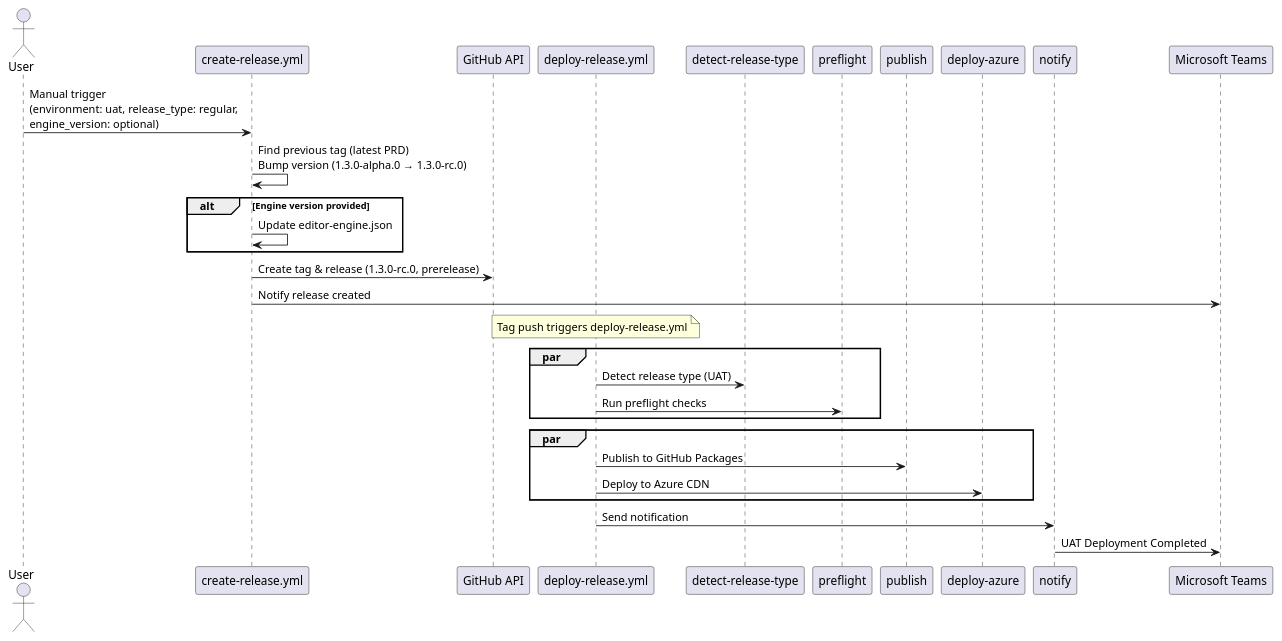
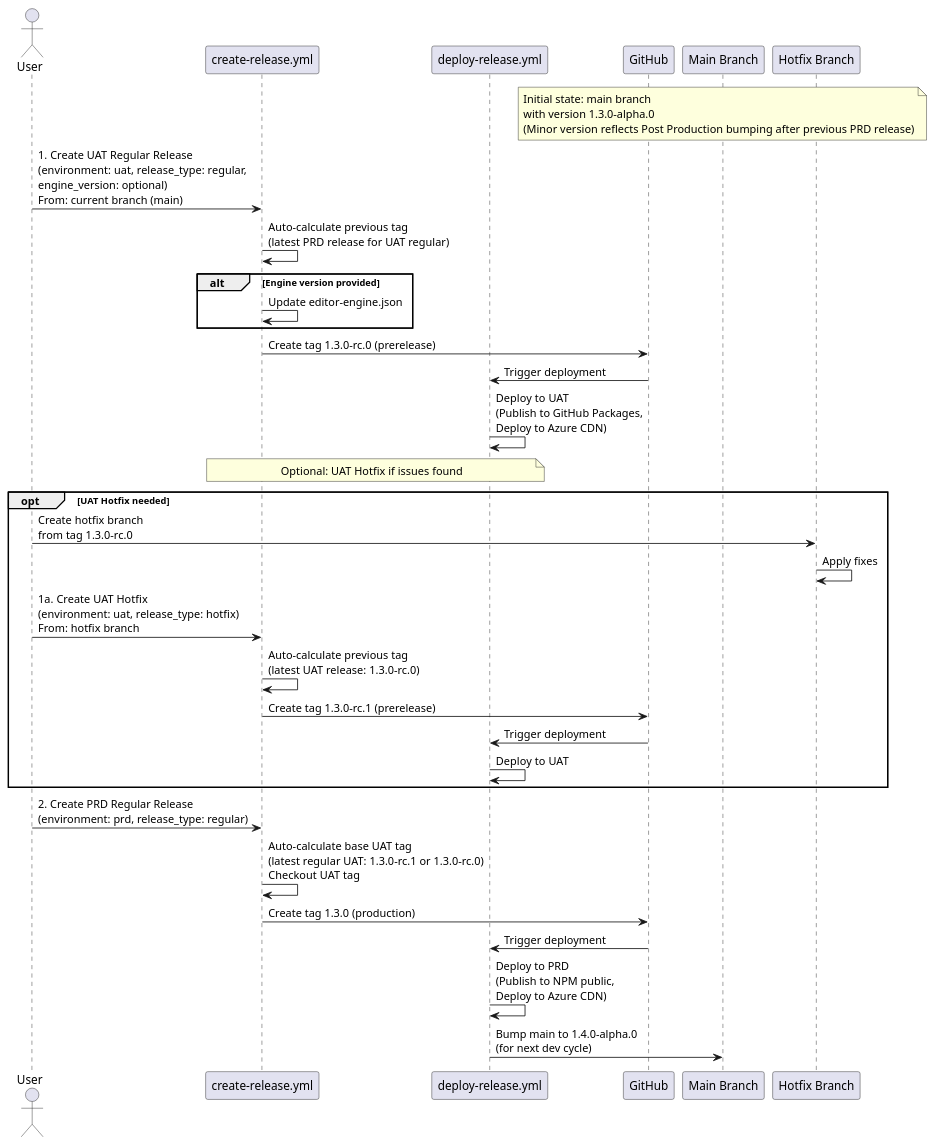
One commit to chili-publish/studio-sdk changed the first of 2 diagrams in RELEASE_PIPELINE.md. Above: the diagram before and after it, drawn with PlantUML. The commit also changed other lines of this file, not shown here.

````diff
--- a/RELEASE_PIPELINE.md
+++ b/RELEASE_PIPELINE.md
@@ -5,37 +5,41 @@
 ```plantuml
 @startuml
 actor User
 participant "create-release.yml" as CreateRelease
-participant "GitHub API" as GitHub
 participant "deploy-release.yml" as DeployRelease
-participant "detect-release-type" as Detect
-participant "preflight" as Preflight
-participant "publish" as Publish
-participant "deploy-azure" as Azure
-participant "notify" as Notify
-participant "Microsoft Teams" as Teams
+participant "GitHub" as GitHub
+participant "Main Branch" as Main
+participant "Hotfix Branch" as HotfixBranch
 
-User -> CreateRelease: Manual trigger\n(environment: uat, release_type: regular,\nengine_version: optional)
-CreateRelease -> CreateRelease: Find previous tag (latest PRD)\nBump version (1.3.0-alpha.0 → 1.3.0-rc.0)
+note over Main: Initial state: main branch\nwith version 1.3.0-alpha.0\n(Minor version reflects Post Production bumping after previous PRD release)
+
+User -> CreateRelease: 1. Create UAT Regular Release\n(environment: uat, release_type: regular,\nengine_version: optional)\nFrom: current branch (main)
+CreateRelease -> CreateRelease: Auto-calculate previous tag\n(latest PRD release for UAT regular)
 alt Engine version provided
     CreateRelease -> CreateRelease: Update editor-engine.json
 end
-CreateRelease -> GitHub: Create tag & release (1.3.0-rc.0, prerelease)
-CreateRelease -> Teams: Notify release created
+CreateRelease -> GitHub: Create tag 1.3.0-rc.0 (prerelease)
+GitHub -> DeployRelease: Trigger deployment
+DeployRelease -> DeployRelease: Deploy to UAT\n(Publish to GitHub Packages,\nDeploy to Azure CDN)
 
-note over DeployRelease: Tag push triggers deploy-release.yml
+note over CreateRelease,DeployRelease: Optional: UAT Hotfix if issues found
 
-par
-    DeployRelease -> Detect: Detect release type (UAT)
-    DeployRelease -> Preflight: Run preflight checks
+opt UAT Hotfix needed
+    User -> HotfixBranch: Create hotfix branch\nfrom tag 1.3.0-rc.0
+    HotfixBranch -> HotfixBranch: Apply fixes
+    User -> CreateRelease: 1a. Create UAT Hotfix\n(environment: uat, release_type: hotfix)\nFrom: hotfix branch
+    CreateRelease -> CreateRelease: Auto-calculate previous tag\n(latest UAT release: 1.3.0-rc.0)
+    CreateRelease -> GitHub: Create tag 1.3.0-rc.1 (prerelease)
+    GitHub -> DeployRelease: Trigger deployment
+    DeployRelease -> DeployRelease: Deploy to UAT
 end
 
-par
-    DeployRelease -> Publish: Publish to GitHub Packages
-    DeployRelease -> Azure: Deploy to Azure CDN
-end
+User -> CreateRelease: 2. Create PRD Regular Release\n(environment: prd, release_type: regular)
+CreateRelease -> CreateRelease: Auto-calculate base UAT tag\n(latest regular UAT: 1.3.0-rc.1 or 1.3.0-rc.0)\nCheckout UAT tag
+CreateRelease -> GitHub: Create tag 1.3.0 (production)
+GitHub -> DeployRelease: Trigger deployment
+DeployRelease -> DeployRelease: Deploy to PRD\n(Publish to NPM public,\nDeploy to Azure CDN)
+DeployRelease -> Main: Bump main to 1.4.0-alpha.0\n(for next dev cycle)
 
-DeployRelease -> Notify: Send notification
-Notify -> Teams: UAT Deployment Completed
 @enduml
 ```
````
